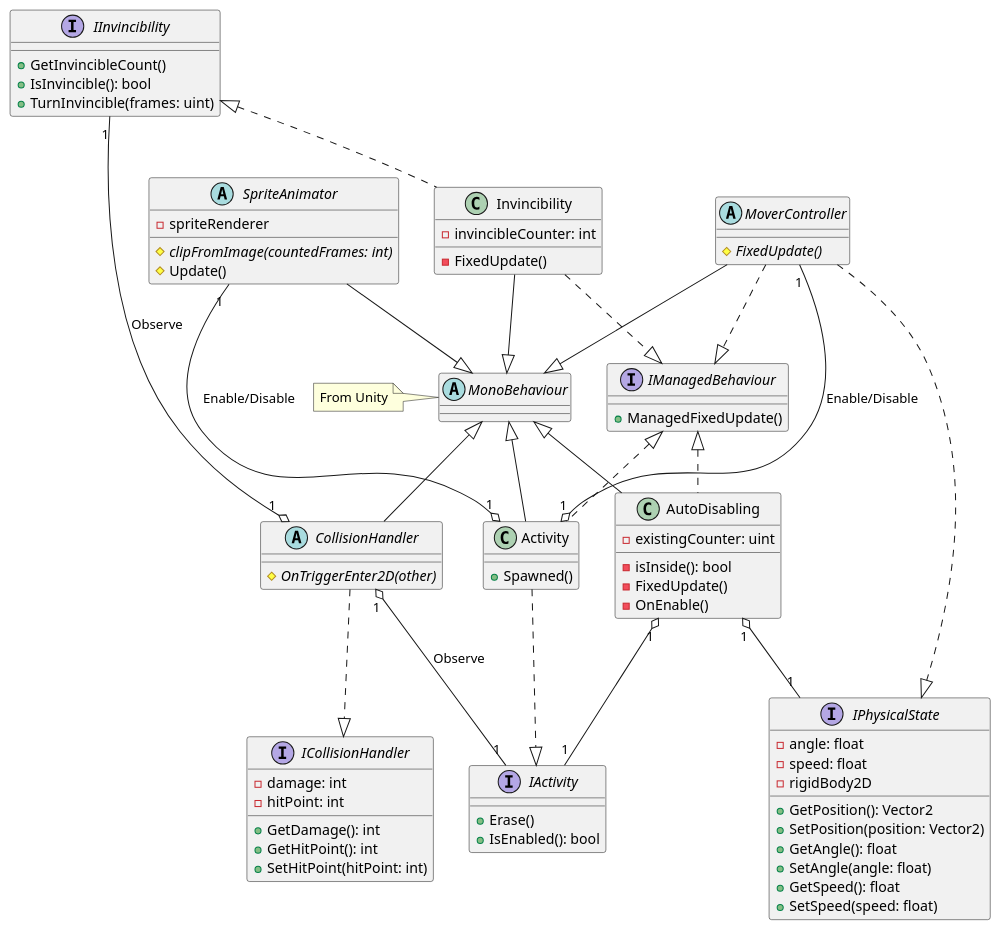
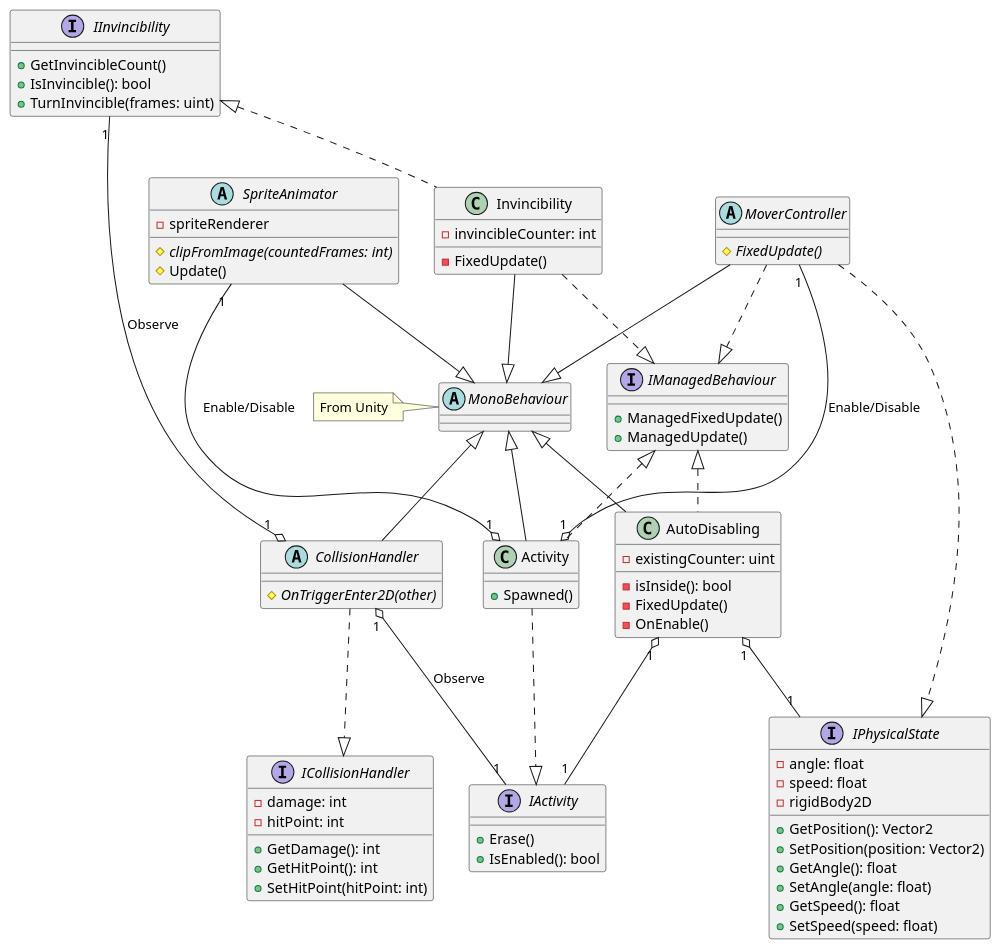
Before and after one commit to Wandao123/shmup_like_touhou: the diagram in docs/classes_for_attachment.pu, drawn with PlantUML. The commit also changed 16 other files, not shown here.

```diff
--- a/docs/classes_for_attachment.pu
+++ b/docs/classes_for_attachment.pu
@@ -1,98 +1,99 @@
 @startuml ClassesForAttachment
 abstract MonoBehaviour
 note left of MonoBehaviour
     From Unity
 end note
 
 interface IActivity {
     +Erase()
     +IsEnabled(): bool
 }
 
 class Activity {
     +Spawned()
 }
 
 MonoBehaviour <|-- Activity
 Activity ..|> IActivity
 
 interface IPhysicalState {
     -angle: float
     -speed: float
     -rigidBody2D
     +GetPosition(): Vector2
     +SetPosition(position: Vector2)
     +GetAngle(): float
     +SetAngle(angle: float)
     +GetSpeed(): float
     +SetSpeed(speed: float)
 }
 
 class AutoDisabling {
     -existingCounter: uint
     -isInside(): bool
     -FixedUpdate()
     -OnEnable()
 }
 
 MonoBehaviour <|-- AutoDisabling
 AutoDisabling "1" o-- "1" IActivity
 AutoDisabling "1" o-- "1" IPhysicalState
 
 interface IInvincibility {
     +GetInvincibleCount()
     +IsInvincible(): bool
     +TurnInvincible(frames: uint)
 }
 
 class Invincibility {
     -invincibleCounter: int
     -FixedUpdate()
 }
 
 IInvincibility <|.. Invincibility
 Invincibility --|> MonoBehaviour
 
 interface ICollisionHandler {
     -damage: int
     -hitPoint: int
     +GetDamage(): int
     +GetHitPoint(): int
     +SetHitPoint(hitPoint: int)
 }
 
 abstract CollisionHandler {
     #{abstract} OnTriggerEnter2D(other)
 }
 
 MonoBehaviour <|-- CollisionHandler
 CollisionHandler ..|> ICollisionHandler
 CollisionHandler "1" o-- "1" IActivity : Observe
 IInvincibility "1" --o "1" CollisionHandler : Observe
 
 abstract MoverController {
     #{abstract} FixedUpdate()
 }
 
 MoverController --|> MonoBehaviour
 MoverController ..|> IPhysicalState
 MoverController "1" --o "1" Activity : Enable/Disable
 
 abstract SpriteAnimator {
     -spriteRenderer
     #{abstract} clipFromImage(countedFrames: int)
     #Update()
 }
 
 SpriteAnimator --|> MonoBehaviour
 SpriteAnimator "1" --o "1" Activity : Enable/Disable
 
 interface IManagedBehaviour {
     +ManagedFixedUpdate()
+    +ManagedUpdate()
 }
 
 IManagedBehaviour <|.. Activity
 IManagedBehaviour <|.. AutoDisabling
 MoverController ..|> IManagedBehaviour
 Invincibility ..|> IManagedBehaviour
 @enduml
```
